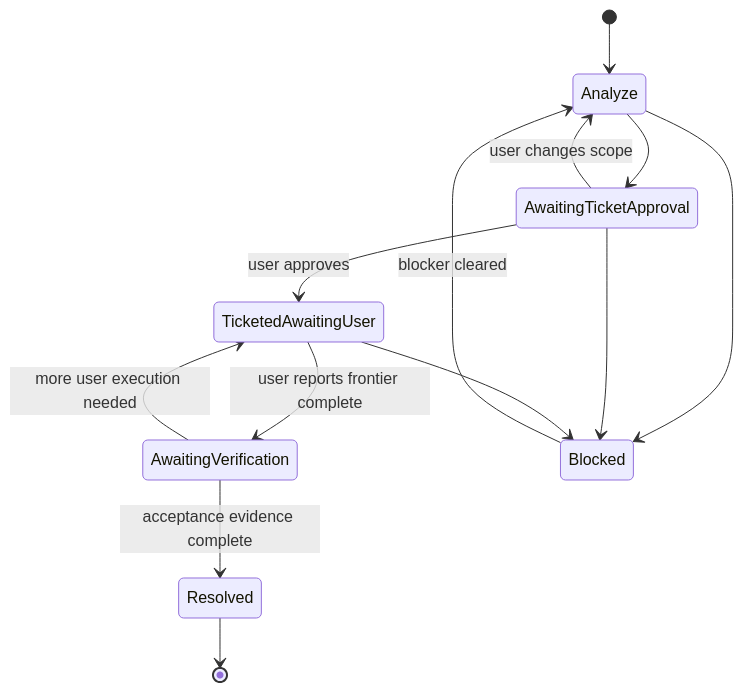
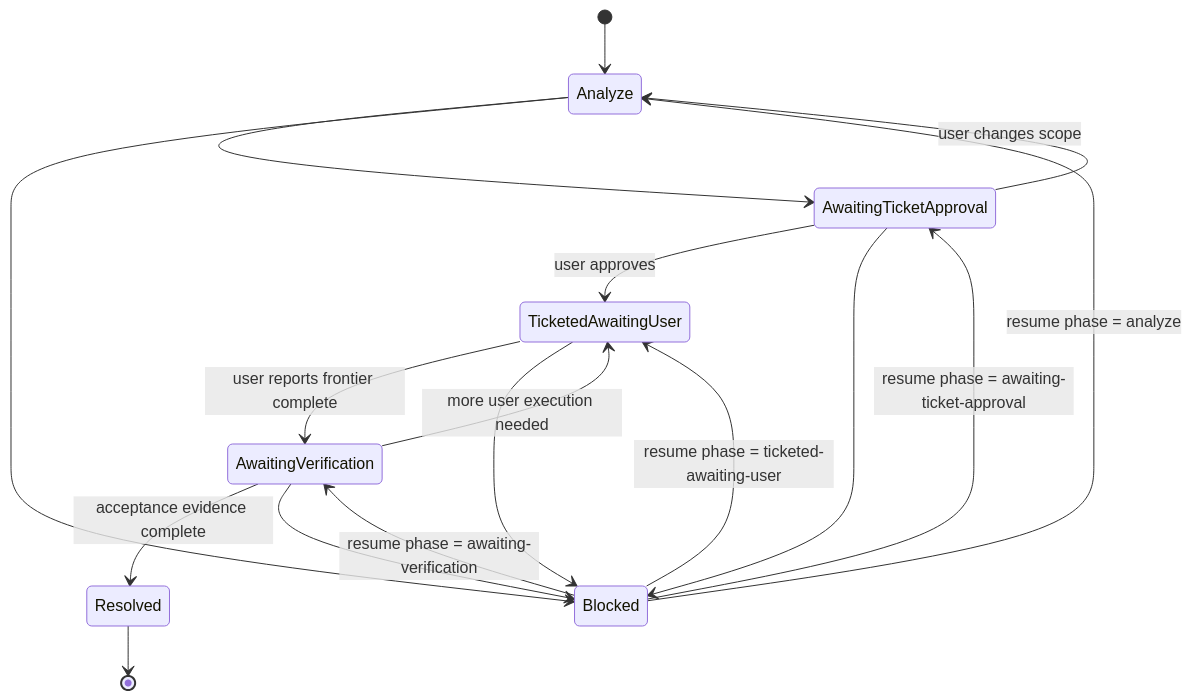
Before and after one commit to disturb-yy/ai-coding: the diagram in skills/user-invoked/execute-sop/SKILL.md, drawn with Mermaid. The commit also changed other lines of this file and 31 other files, not shown here.

````diff
--- a/skills/user-invoked/execute-sop/SKILL.md
+++ b/skills/user-invoked/execute-sop/SKILL.md
@@ -59,15 +59,19 @@
 ```mermaid
 stateDiagram-v2
   [*] --> Analyze
   Analyze --> AwaitingTicketApproval
   AwaitingTicketApproval --> TicketedAwaitingUser: user approves
   AwaitingTicketApproval --> Analyze: user changes scope
   TicketedAwaitingUser --> AwaitingVerification: user reports frontier complete
   AwaitingVerification --> TicketedAwaitingUser: more user execution needed
   AwaitingVerification --> Resolved: acceptance evidence complete
   Analyze --> Blocked
   AwaitingTicketApproval --> Blocked
   TicketedAwaitingUser --> Blocked
-  Blocked --> Analyze: blocker cleared
+  AwaitingVerification --> Blocked
+  Blocked --> Analyze: resume phase = analyze
+  Blocked --> AwaitingTicketApproval: resume phase = awaiting-ticket-approval
+  Blocked --> TicketedAwaitingUser: resume phase = ticketed-awaiting-user
+  Blocked --> AwaitingVerification: resume phase = awaiting-verification
   Resolved --> [*]
 ```
````
